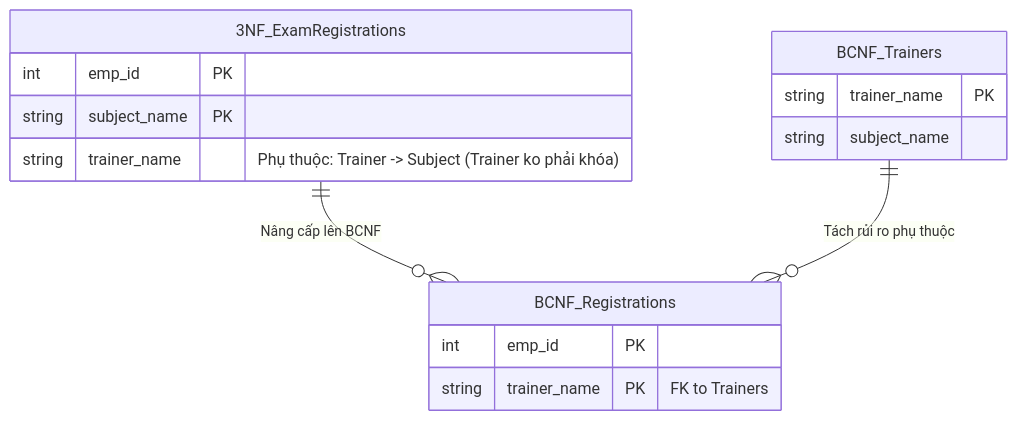
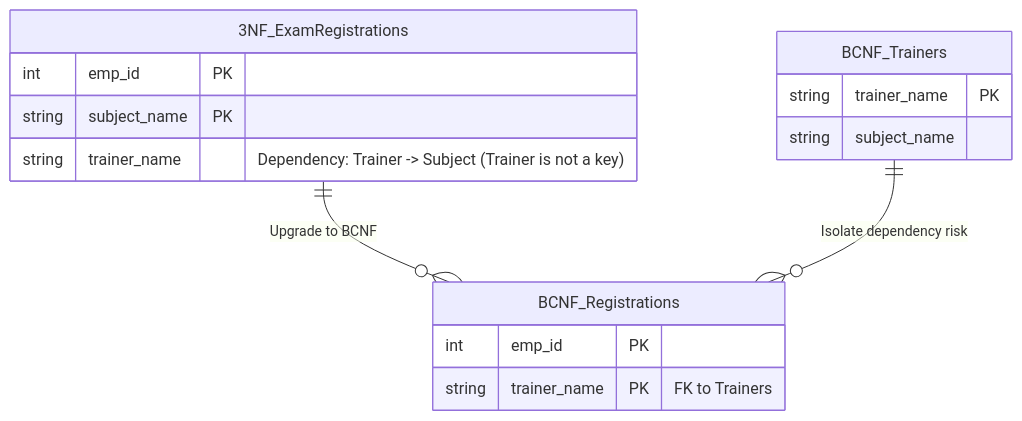
One commit to ga2631/ga2631.github.io changed the diagram in src/data/blog/en/70-2026-09-15-database-design-04-bcnf-addressing-the-blind-spots-of-3nf.md. Above: the diagram before and after it, drawn with Mermaid. The commit also changed other lines of this file and 74 other files, not shown here.

````diff
--- a/src/data/blog/en/70-2026-09-15-database-design-04-bcnf-addressing-the-blind-spots-of-3nf.md
+++ b/src/data/blog/en/70-2026-09-15-database-design-04-bcnf-addressing-the-blind-spots-of-3nf.md
@@ -37,21 +37,21 @@
 ```mermaid
 erDiagram
     "3NF_ExamRegistrations" {
         int emp_id PK
         string subject_name PK
-        string trainer_name "Phụ thuộc: Trainer -> Subject (Trainer ko phải khóa)"
+        string trainer_name "Dependency: Trainer -> Subject (Trainer is not a key)"
     }
 
     BCNF_Trainers {
         string trainer_name PK
         string subject_name
     }
 
     BCNF_Registrations {
         int emp_id PK
         string trainer_name PK "FK to Trainers"
     }
 
-    "3NF_ExamRegistrations" ||--o{ BCNF_Registrations : "Nâng cấp lên BCNF"
-    BCNF_Trainers ||--o{ BCNF_Registrations : "Tách rủi ro phụ thuộc"
+    "3NF_ExamRegistrations" ||--o{ BCNF_Registrations : "Upgrade to BCNF"
+    BCNF_Trainers ||--o{ BCNF_Registrations : "Isolate dependency risk"
 ```
````
